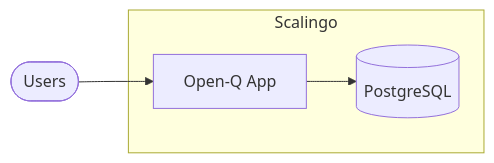
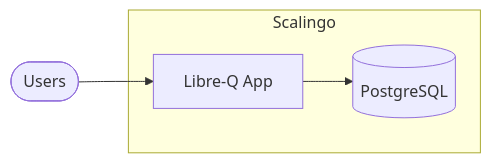
Before and after one commit to jvastenaekels/qualis: the diagram in docs/guides/deployment.md, drawn with Mermaid. The commit also changed other lines of this file and 35 other files, not shown here.

````diff
--- a/docs/guides/deployment.md
+++ b/docs/guides/deployment.md
@@ -22,10 +22,10 @@
 ```mermaid
 graph LR
     subgraph Scalingo
-        App[Open-Q App]
+        App[Libre-Q App]
         DB[(PostgreSQL)]
     end
 
     User([Users]) --> App
     App --> DB
 ```
````
